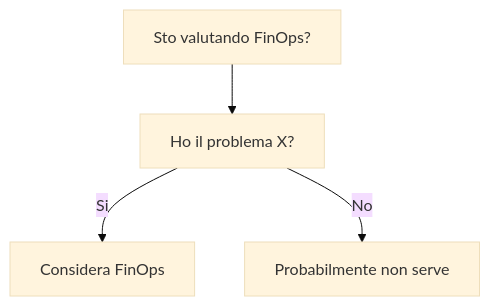
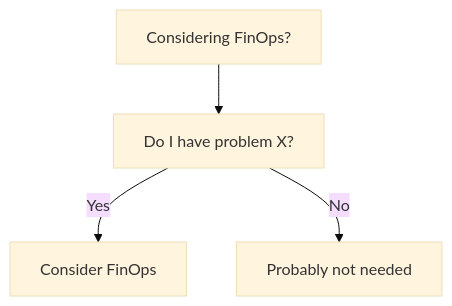
The diagram in dev-wiki/21_Cloud_Native/FinOps/When_To_Use.md (HxT9/Software-Dev-Wiki), drawn with Mermaid (base theme) before and after one commit. The commit also changed other lines of this file and 3444 other files, not shown here.

````diff
--- a/dev-wiki/21_Cloud_Native/FinOps/When_To_Use.md
+++ b/dev-wiki/21_Cloud_Native/FinOps/When_To_Use.md
@@ -19,6 +19,6 @@
 ```mermaid
 flowchart TD
-  Q[Sto valutando FinOps?] --> Q1[Ho il problema X?]
-  Q1 -->|Si| OK[Considera FinOps]
-  Q1 -->|No| NO[Probabilmente non serve]
+  Q[Considering FinOps?] --> Q1[Do I have problem X?]
+  Q1 -->|Yes| OK[Consider FinOps]
+  Q1 -->|No| NO[Probably not needed]
 ```
````
